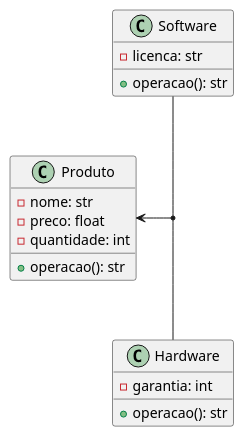
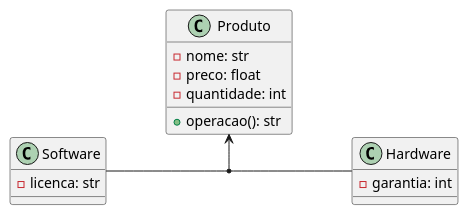
Before and after one commit to elssystems-dev/Python-com-Framework: the diagram in Demonstrações/aula16/produto.puml, drawn with PlantUML. The commit also changed 3 other files, not shown here.

```diff
--- a/Demonstrações/aula16/produto.puml
+++ b/Demonstrações/aula16/produto.puml
@@ -1,22 +1,22 @@
 @startuml Produto
 
 class Produto {
     - nome: str
     - preco: float
     - quantidade: int
 
     + operacao(): str
 }
 
 class Software {
     - licenca: str
-    + operacao(): str
 }
 
 class Hardware {
     - garantia: int
-    + operacao(): str
 }
+
+left to right direction
 
 Produto <--(Software, Hardware)
 @enduml
```
